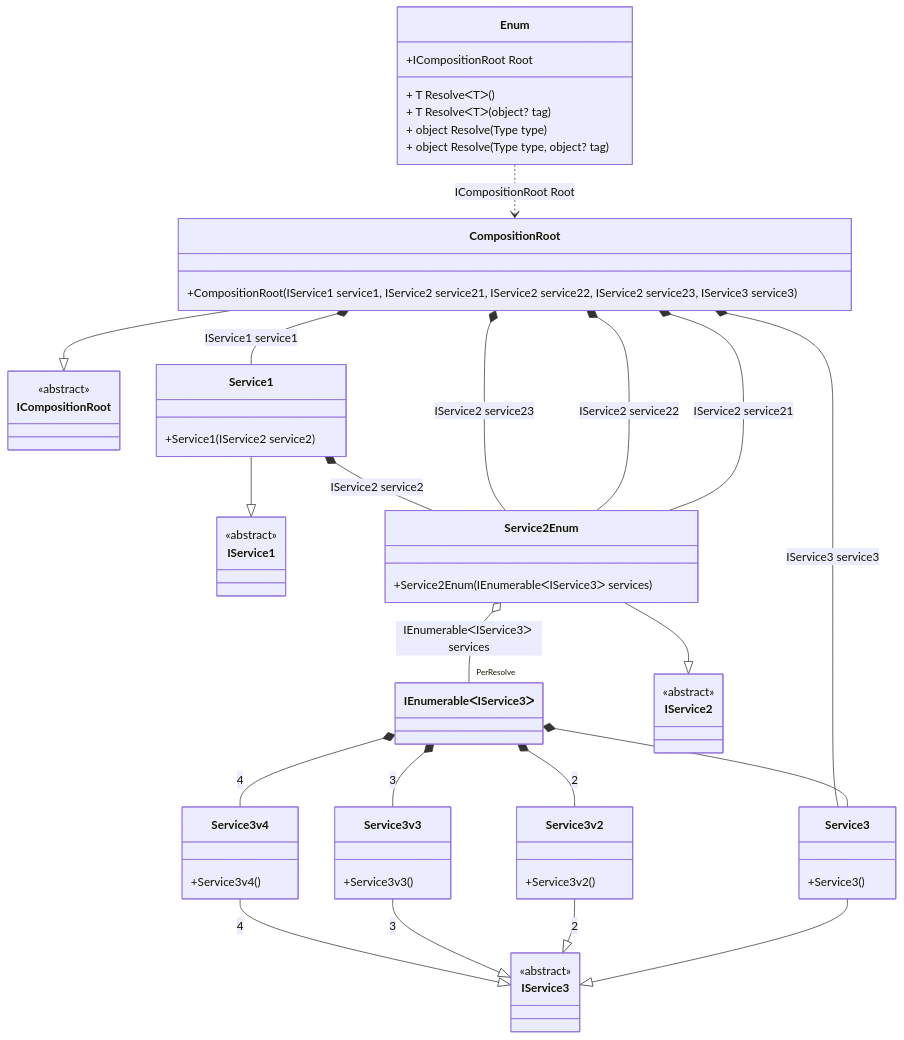
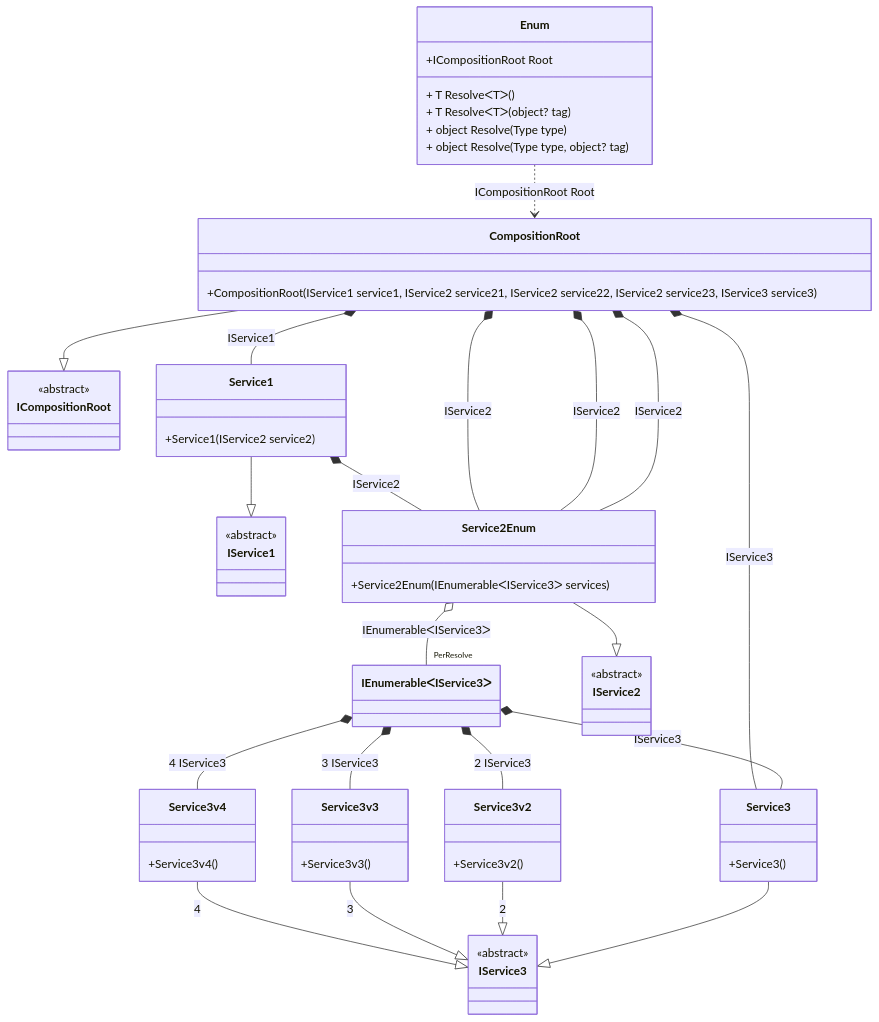
One commit to DevTeam/Pure.DI changed the diagram in readme/EnumDetails.md. Above: the diagram before and after it, drawn with Mermaid. The commit also changed other lines of this file and 84 other files, not shown here.

Commit message:
Supports the arguments of the root of the composition.

````diff
--- a/readme/EnumDetails.md
+++ b/readme/EnumDetails.md
@@ -6,63 +6,63 @@
 ```mermaid
 classDiagram
   class Enum {
     +ICompositionRoot Root
     + T ResolveᐸTᐳ()
     + T ResolveᐸTᐳ(object? tag)
     + object Resolve(Type type)
     + object Resolve(Type type, object? tag)
   }
   class IEnumerableᐸIService3ᐳ
   CompositionRoot --|> ICompositionRoot : 
   class CompositionRoot {
     +CompositionRoot(IService1 service1, IService2 service21, IService2 service22, IService2 service23, IService3 service3)
   }
   Service1 --|> IService1 : 
   class Service1 {
     +Service1(IService2 service2)
   }
   Service2Enum --|> IService2 : 
   class Service2Enum {
     +Service2Enum(IEnumerableᐸIService3ᐳ services)
   }
   Service3 --|> IService3 : 
   class Service3 {
     +Service3()
   }
   Service3v2 --|> IService3 : 2 
   class Service3v2 {
     +Service3v2()
   }
   Service3v3 --|> IService3 : 3 
   class Service3v3 {
     +Service3v3()
   }
   Service3v4 --|> IService3 : 4 
   class Service3v4 {
     +Service3v4()
   }
   class ICompositionRoot {
     <<abstract>>
   }
   class IService1 {
     <<abstract>>
   }
   class IService2 {
     <<abstract>>
   }
   class IService3 {
     <<abstract>>
   }
-  IEnumerableᐸIService3ᐳ *--  Service3 : 
-  IEnumerableᐸIService3ᐳ *--  Service3v2 : 2  
-  IEnumerableᐸIService3ᐳ *--  Service3v3 : 3  
-  IEnumerableᐸIService3ᐳ *--  Service3v4 : 4  
-  CompositionRoot *--  Service1 : IService1 service1
-  CompositionRoot *--  Service2Enum : IService2 service21
-  CompositionRoot *--  Service2Enum : IService2 service22
-  CompositionRoot *--  Service2Enum : IService2 service23
-  CompositionRoot *--  Service3 : IService3 service3
-  Service1 *--  Service2Enum : IService2 service2
-  Service2Enum o--  "PerResolve" IEnumerableᐸIService3ᐳ : IEnumerableᐸIService3ᐳ services
+  IEnumerableᐸIService3ᐳ *--  Service3 : IService3
+  IEnumerableᐸIService3ᐳ *--  Service3v2 : 2  IService3
+  IEnumerableᐸIService3ᐳ *--  Service3v3 : 3  IService3
+  IEnumerableᐸIService3ᐳ *--  Service3v4 : 4  IService3
+  CompositionRoot *--  Service1 : IService1
+  CompositionRoot *--  Service2Enum : IService2
+  CompositionRoot *--  Service2Enum : IService2
+  CompositionRoot *--  Service2Enum : IService2
+  CompositionRoot *--  Service3 : IService3
+  Service1 *--  Service2Enum : IService2
+  Service2Enum o--  "PerResolve" IEnumerableᐸIService3ᐳ : IEnumerableᐸIService3ᐳ
   Enum ..> CompositionRoot : ICompositionRoot Root
 ```
````
